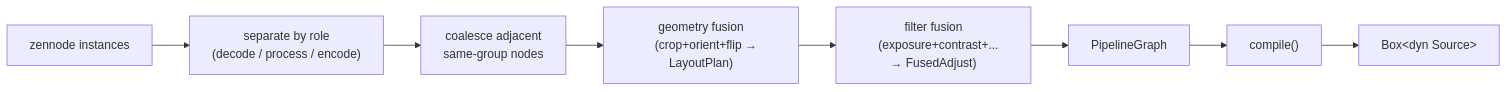
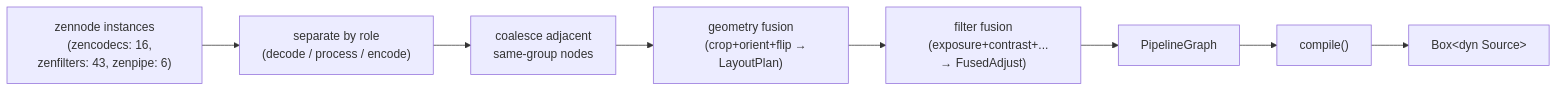
Before and after one commit to imazen/zenpipe: the sixth of 6 diagrams in README.md, drawn with Mermaid. The commit also changed other lines of this file and 1 other file, not shown here.

First line of the commit message:
docs: update README and module docs for zennode consolidation

````diff
--- a/README.md
+++ b/README.md
@@ -195,14 +195,15 @@
 ```mermaid
 flowchart LR
-    A["zennode instances"] --> B["separate by role
+    A["zennode instances
+    (zencodecs: 16, zenfilters: 43, zenpipe: 6)"] --> B["separate by role
     (decode / process / encode)"]
     B --> C["coalesce adjacent
     same-group nodes"]
     C --> D["geometry fusion
     (crop+orient+flip → LayoutPlan)"]
     D --> E["filter fusion
     (exposure+contrast+... → FusedAdjust)"]
     E --> F["PipelineGraph"]
     F --> G["compile()"]
     G --> H["Box&lt;dyn Source&gt;"]
 ```
````
